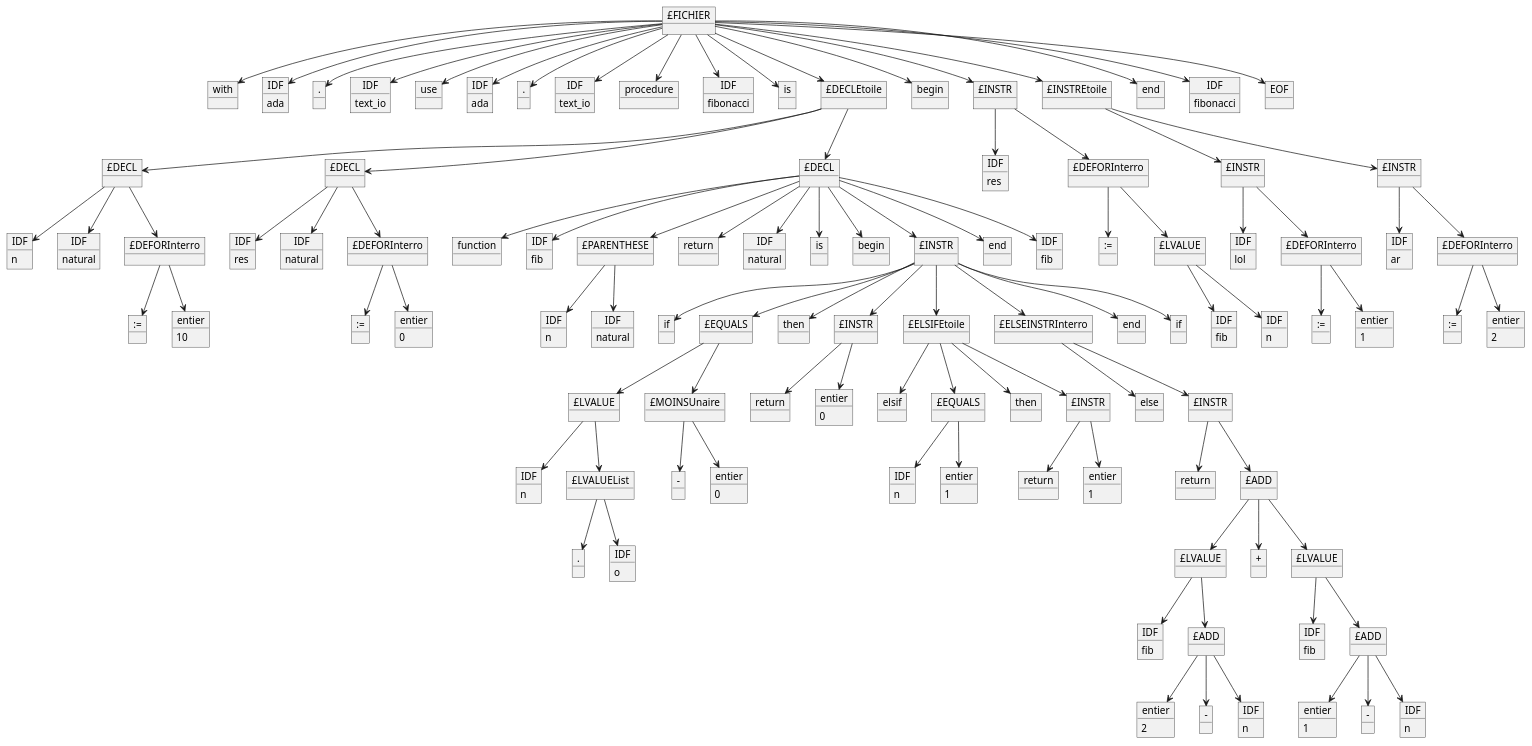
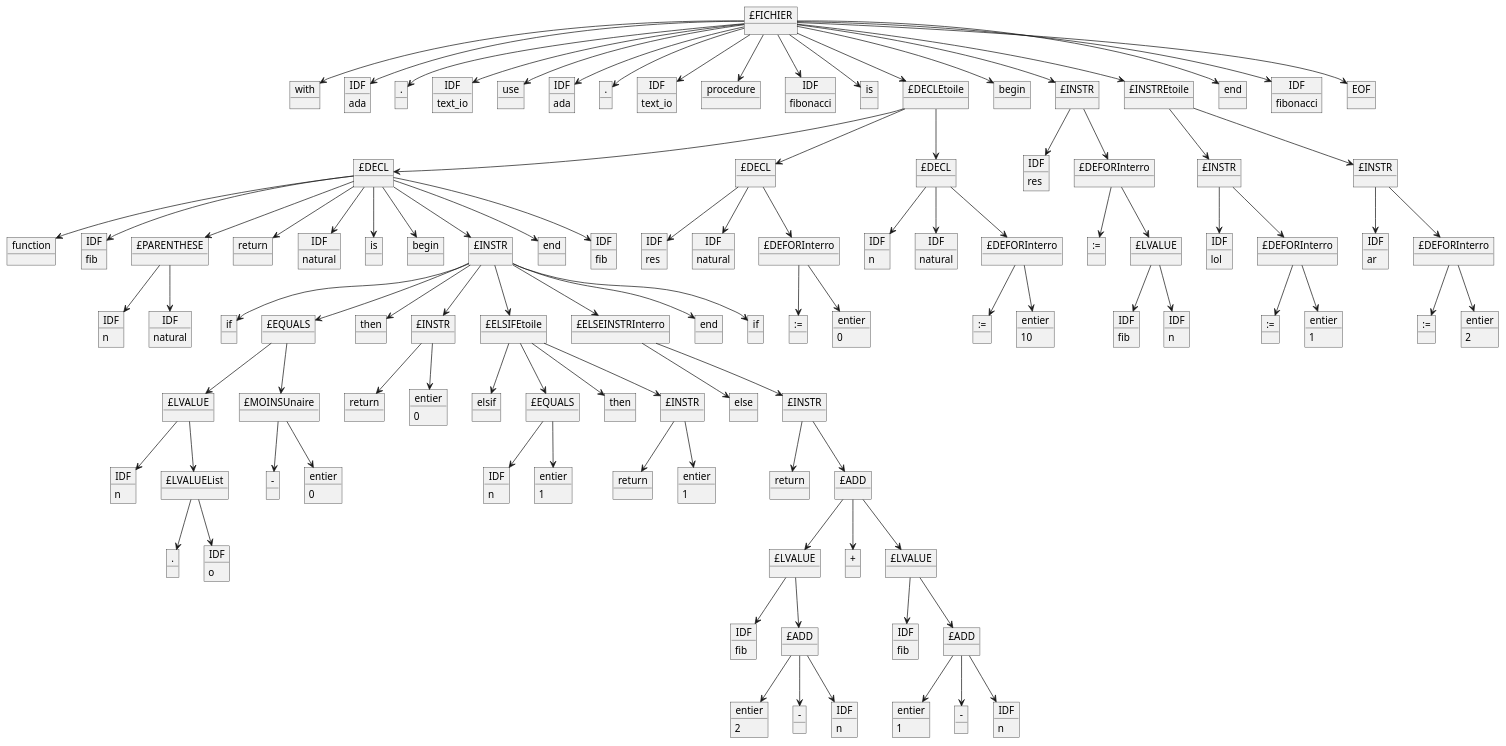
The diagram in Programmes/Fonctionne/fibonaccii.adb.puml (LeBoufty/pcl), drawn with PlantUML before and after one commit. The commit also changed 2 other files, not shown here.

```diff
--- a/Programmes/Fonctionne/fibonaccii.adb.puml
+++ b/Programmes/Fonctionne/fibonaccii.adb.puml
@@ -32,29 +32,29 @@
 object "£DEFORInterro" as 24
 object "£INSTR" as 25
 object "£INSTR" as 26
-object "IDF" as 27
-27 : n
+object "function" as 27
 object "IDF" as 28
-28 : natural
-object "£DEFORInterro" as 29
-object "IDF" as 30
-30 : res
+28 : fib
+object "£PARENTHESE" as 29
+object "return" as 30
 object "IDF" as 31
 31 : natural
-object "£DEFORInterro" as 32
-object "function" as 33
-object "IDF" as 34
-34 : fib
-object "£PARENTHESE" as 35
-object "return" as 36
+object "is" as 32
+object "begin" as 33
+object "£INSTR" as 34
+object "end" as 35
+object "IDF" as 36
+36 : fib
 object "IDF" as 37
-37 : natural
-object "is" as 38
-object "begin" as 39
-object "£INSTR" as 40
-object "end" as 41
-object "IDF" as 42
-42 : fib
+37 : res
+object "IDF" as 38
+38 : natural
+object "£DEFORInterro" as 39
+object "IDF" as 40
+40 : n
+object "IDF" as 41
+41 : natural
+object "£DEFORInterro" as 42
 object ":=" as 43
 object "£LVALUE" as 44
 object "IDF" as 45
@@ -63,24 +63,24 @@
 object "IDF" as 47
 47 : ar
 object "£DEFORInterro" as 48
-object ":=" as 49
-object "entier" as 50
-50 : 10
-object ":=" as 51
-object "entier" as 52
-52 : 0
-object "IDF" as 53
-53 : n
-object "IDF" as 54
-54 : natural
-object "if" as 55
-object "£EQUALS" as 56
-object "then" as 57
-object "£INSTR" as 58
-object "£ELSIFEtoile" as 59
-object "£ELSEINSTRInterro" as 60
-object "end" as 61
-object "if" as 62
+object "IDF" as 49
+49 : n
+object "IDF" as 50
+50 : natural
+object "if" as 51
+object "£EQUALS" as 52
+object "then" as 53
+object "£INSTR" as 54
+object "£ELSIFEtoile" as 55
+object "£ELSEINSTRInterro" as 56
+object "end" as 57
+object "if" as 58
+object ":=" as 59
+object "entier" as 60
+60 : 0
+object ":=" as 61
+object "entier" as 62
+62 : 10
 object "IDF" as 63
 63 : fib
 object "IDF" as 64
@@ -167,16 +167,16 @@
 20 -down-> 27
 20 -down-> 28
 20 -down-> 29
-21 -down-> 30
-21 -down-> 31
-21 -down-> 32
-22 -down-> 33
-22 -down-> 34
-22 -down-> 35
-22 -down-> 36
-22 -down-> 37
-22 -down-> 38
-22 -down-> 39
+20 -down-> 30
+20 -down-> 31
+20 -down-> 32
+20 -down-> 33
+20 -down-> 34
+20 -down-> 35
+20 -down-> 36
+21 -down-> 37
+21 -down-> 38
+21 -down-> 39
 22 -down-> 40
 22 -down-> 41
 22 -down-> 42
@@ -188,34 +188,34 @@
 26 -down-> 48
 29 -down-> 49
 29 -down-> 50
-32 -down-> 51
-32 -down-> 52
-35 -down-> 53
-35 -down-> 54
-40 -down-> 55
-40 -down-> 56
-40 -down-> 57
-40 -down-> 58
-40 -down-> 59
-40 -down-> 60
-40 -down-> 61
-40 -down-> 62
+34 -down-> 51
+34 -down-> 52
+34 -down-> 53
+34 -down-> 54
+34 -down-> 55
+34 -down-> 56
+34 -down-> 57
+34 -down-> 58
+39 -down-> 59
+39 -down-> 60
+42 -down-> 61
+42 -down-> 62
 44 -down-> 63
 44 -down-> 64
 46 -down-> 65
 46 -down-> 66
 48 -down-> 67
 48 -down-> 68
-56 -down-> 69
-56 -down-> 70
-58 -down-> 71
-58 -down-> 72
-59 -down-> 73
-59 -down-> 74
-59 -down-> 75
-59 -down-> 76
-60 -down-> 77
-60 -down-> 78
+52 -down-> 69
+52 -down-> 70
+54 -down-> 71
+54 -down-> 72
+55 -down-> 73
+55 -down-> 74
+55 -down-> 75
+55 -down-> 76
+56 -down-> 77
+56 -down-> 78
 69 -down-> 79
 69 -down-> 80
 70 -down-> 81
```
